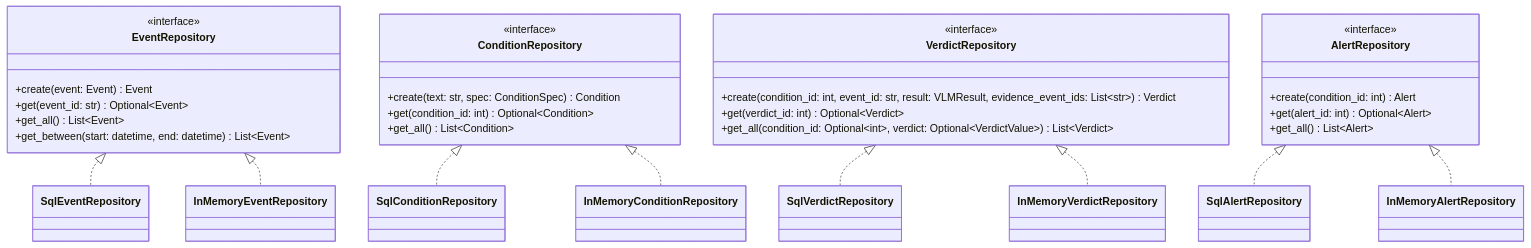
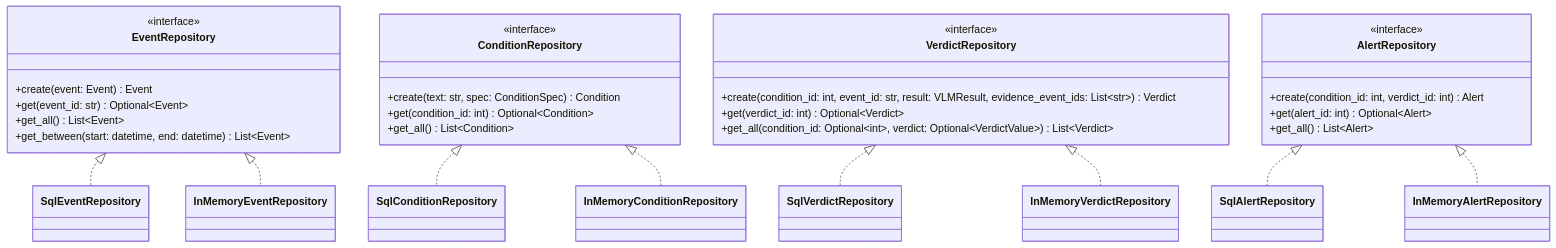
One commit to Xeena2812/adrec-hw changed the third of 6 diagrams in doc/class-diagrams.md. Above: the diagram before and after it, drawn with Mermaid. The commit also changed other lines of this file and 13 other files, not shown here.

````diff
--- a/doc/class-diagrams.md
+++ b/doc/class-diagrams.md
@@ -163,48 +182,48 @@
 ```mermaid
 classDiagram
     direction TB
 
     class EventRepository {
         <<interface>>
         +create(event: Event) Event
         +get(event_id: str) Optional~Event~
         +get_all() List~Event~
         +get_between(start: datetime, end: datetime) List~Event~
     }
     class ConditionRepository {
         <<interface>>
         +create(text: str, spec: ConditionSpec) Condition
         +get(condition_id: int) Optional~Condition~
         +get_all() List~Condition~
     }
     class VerdictRepository {
         <<interface>>
         +create(condition_id: int, event_id: str, result: VLMResult, evidence_event_ids: List~str~) Verdict
         +get(verdict_id: int) Optional~Verdict~
         +get_all(condition_id: Optional~int~, verdict: Optional~VerdictValue~) List~Verdict~
     }
     class AlertRepository {
         <<interface>>
-        +create(condition_id: int) Alert
+        +create(condition_id: int, verdict_id: int) Alert
         +get(alert_id: int) Optional~Alert~
         +get_all() List~Alert~
     }
 
     class SqlEventRepository
     class SqlConditionRepository
     class SqlVerdictRepository
     class SqlAlertRepository
     class InMemoryEventRepository
     class InMemoryConditionRepository
     class InMemoryVerdictRepository
     class InMemoryAlertRepository
 
     EventRepository <|.. SqlEventRepository
     EventRepository <|.. InMemoryEventRepository
     ConditionRepository <|.. SqlConditionRepository
     ConditionRepository <|.. InMemoryConditionRepository
     VerdictRepository <|.. SqlVerdictRepository
     VerdictRepository <|.. InMemoryVerdictRepository
     AlertRepository <|.. SqlAlertRepository
     AlertRepository <|.. InMemoryAlertRepository
 ```
````
